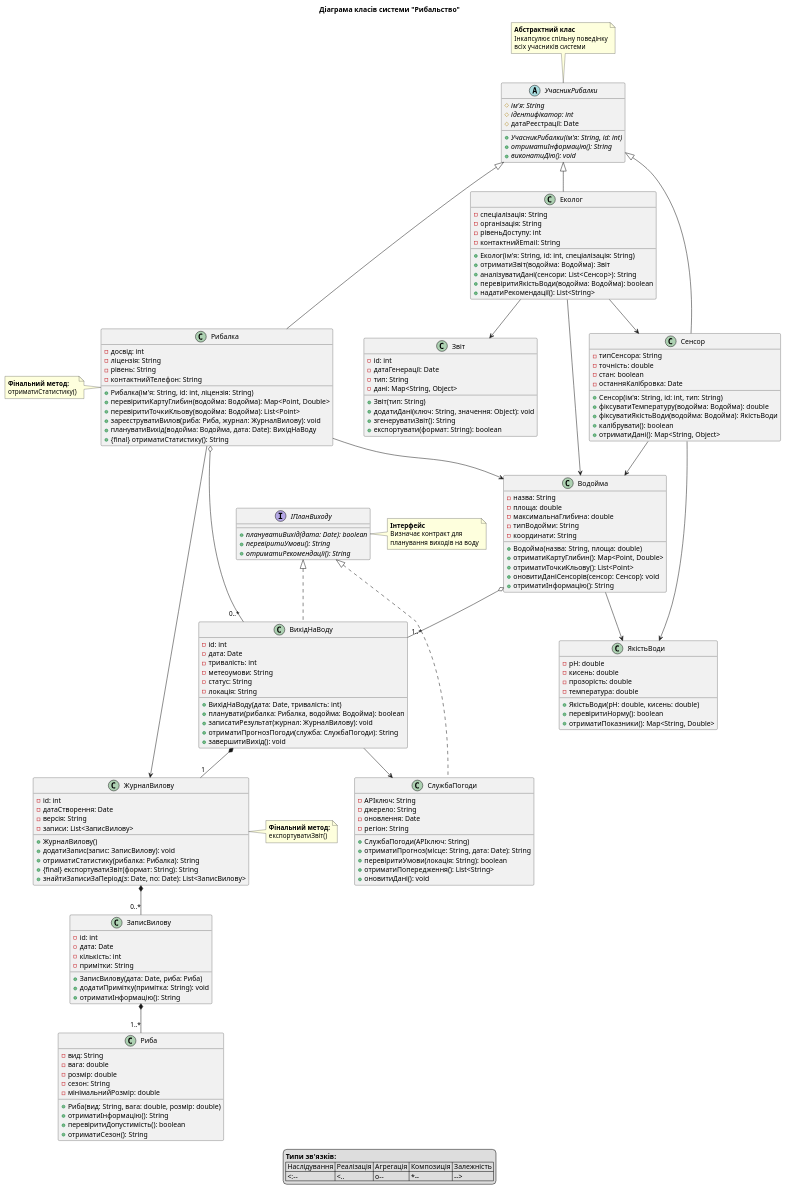
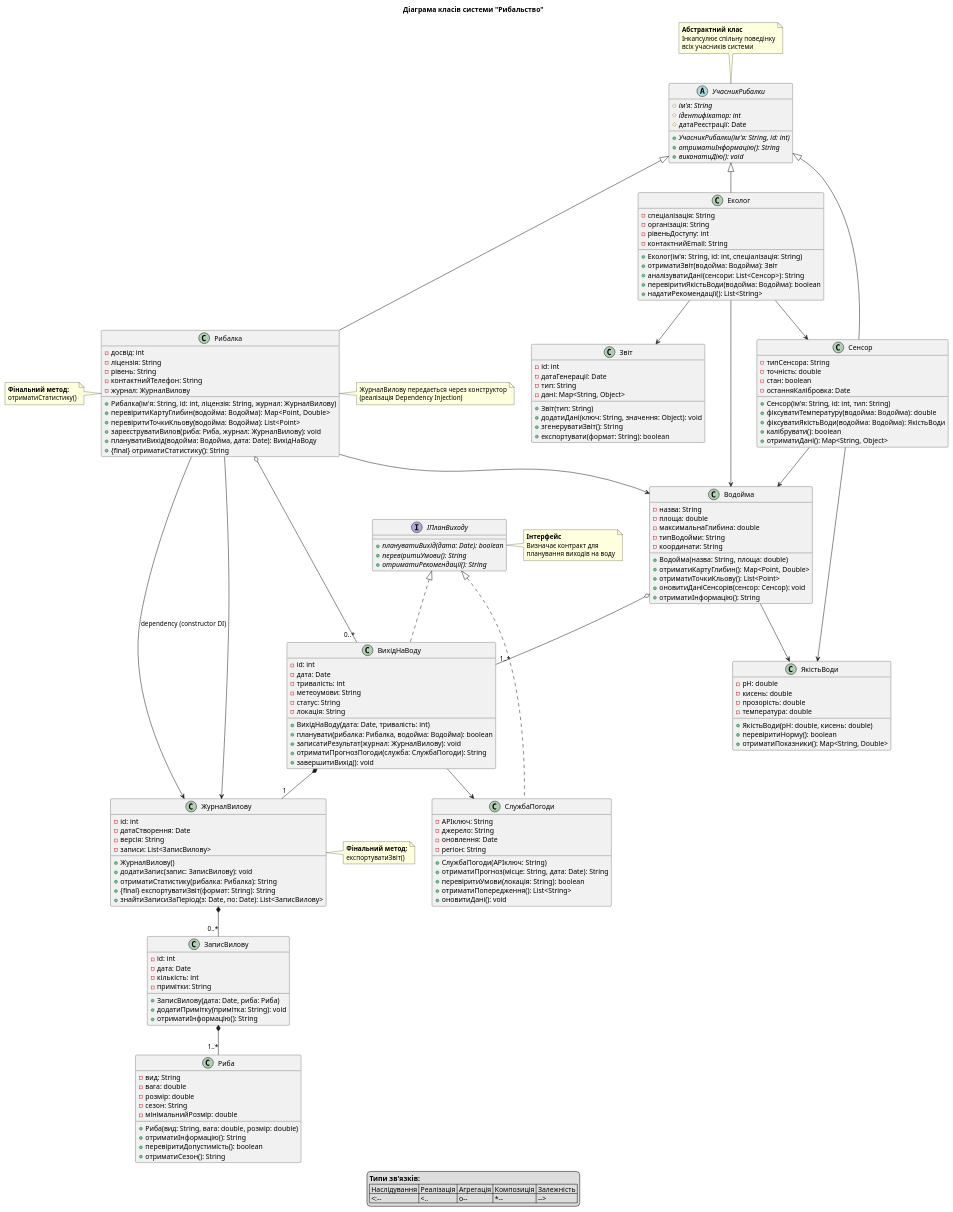
Before and after one commit to Yulianna8005/PR_2_OOP: the diagram in docs/class.wsd, drawn with PlantUML. The commit also changed 10 other files, not shown here.

Commit message:
Робота з базою даних із використанням впровадження залежностей через конструктор

```diff
--- a/docs/class.wsd
+++ b/docs/class.wsd
@@ -24,13 +24,22 @@
   - ліцензія: String
   - рівень: String
   - контактнийТелефон: String
-  + Рибалка(ім'я: String, id: int, ліцензія: String)
+  - журнал: ЖурналВилову
+  + Рибалка(ім'я: String, id: int, ліцензія: String, журнал: ЖурналВилову)
   + перевіритиКартуГлибин(водойма: Водойма): Map<Point, Double>
   + перевіритиТочкиКльову(водойма: Водойма): List<Point>
   + зареєструватиВилов(риба: Риба, журнал: ЖурналВилову): void
   + плануватиВихід(водойма: Водойма, дата: Date): ВихідНаВоду
   + {final} отриматиСтатистику(): String
 }
+
+Рибалка --> ЖурналВилову : dependency (constructor DI)
+
+note right of Рибалка
+  ЖурналВилову передається через конструктор
+  (реалізація Dependency Injection)
+end note
+
 
 class Сенсор {
   - типСенсора: String
```
